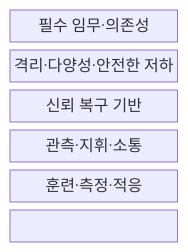
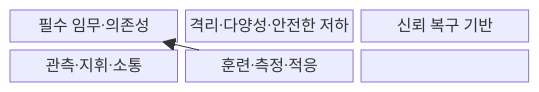
One commit to agnusdei1207/knowledge-base changed the first of 2 diagrams in src/content/docs/notes/05-security/119_cyber_resilience.md. Above: the diagram before and after it, drawn with Mermaid. The commit also changed other lines of this file and 20 other files, not shown here.

````diff
--- a/src/content/docs/notes/05-security/119_cyber_resilience.md
+++ b/src/content/docs/notes/05-security/119_cyber_resilience.md
@@ -52,11 +52,12 @@
 ```mermaid
-block-beta
-  columns 1
+block
+  columns 3
   M["필수 임무·의존성"]
   W["격리·다양성·안전한 저하"]
   R["신뢰 복구 기반"]
   C["관측·지휘·소통"]
   T["훈련·측정·적응"]
-  M --- W --- R
-  R --- C --- T
+  M --> W --> R
+  R --> C --> T
+  T --> M
 ```
````
